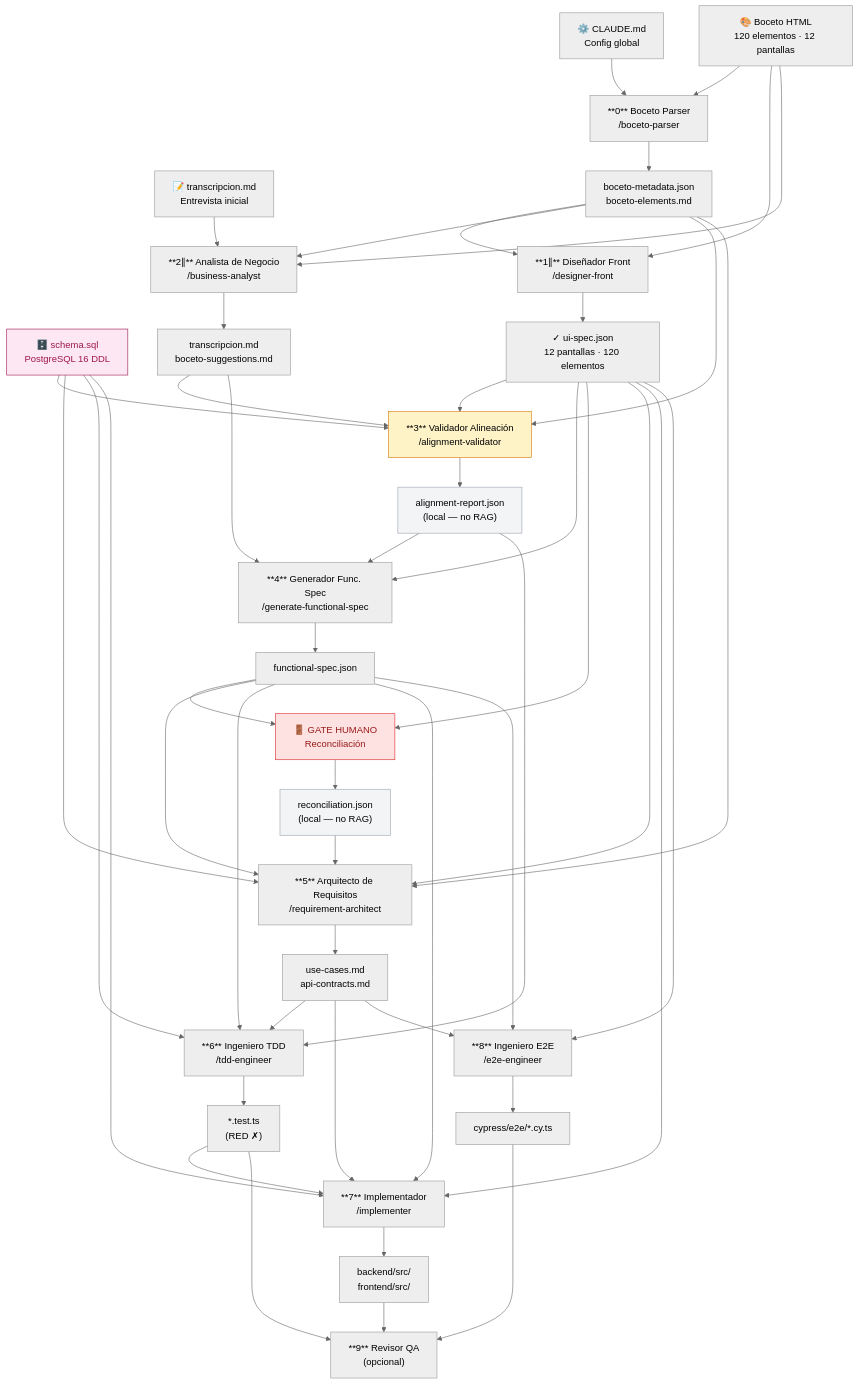
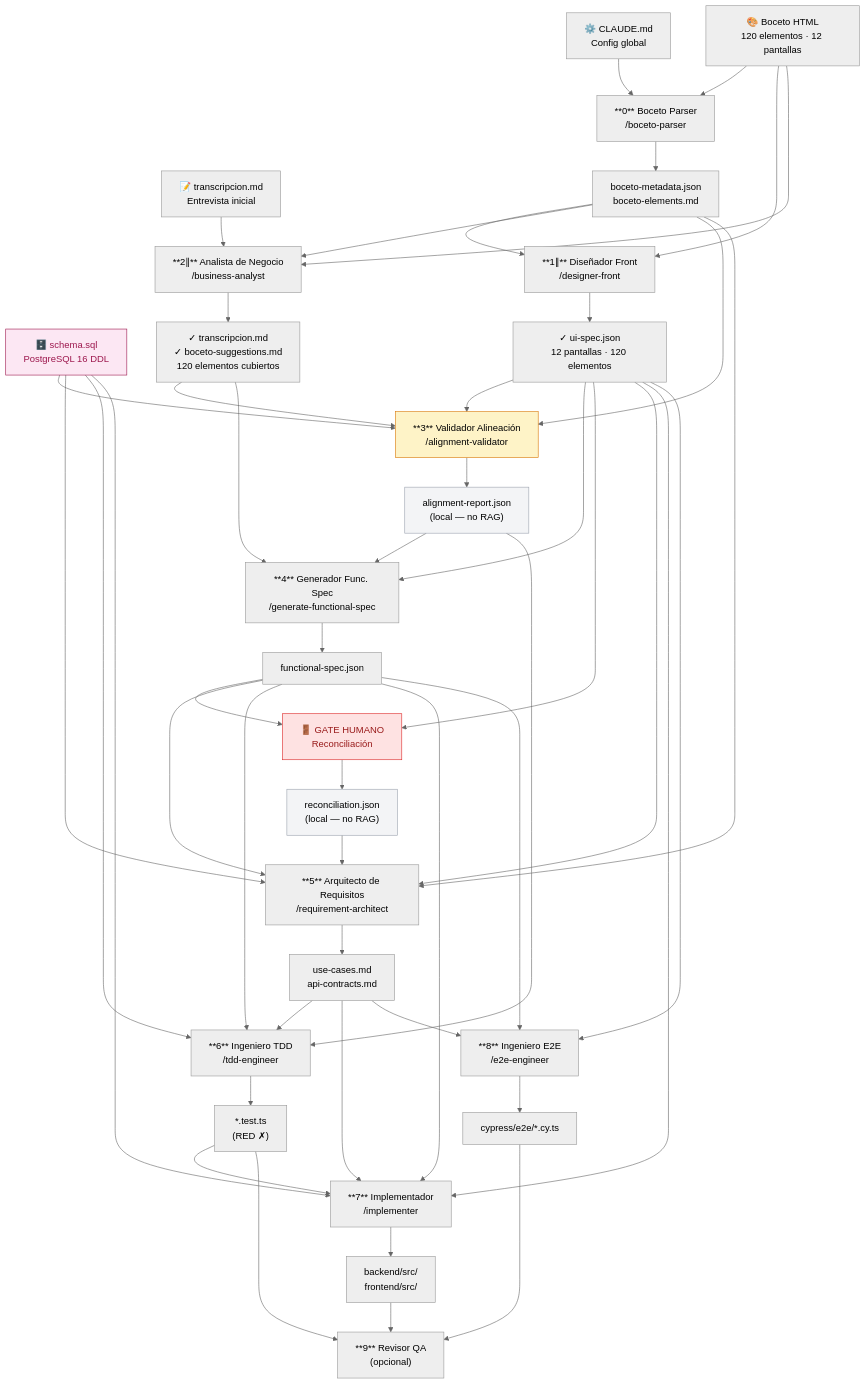
The diagram in docs/flujo.md (dbetancorfp/CORRECTOR_DE_PROYECTOS), drawn with Mermaid (neutral theme) before and after one commit. The commit also changed 3 other files, not shown here.

```diff
--- a/docs/flujo.md
+++ b/docs/flujo.md
@@ -25,7 +25,7 @@
 
     META["boceto-metadata.json\nboceto-elements.md"]
     UISPEC["✓ ui-spec.json\n12 pantallas · 120 elementos"]
-    TRANS_OUT["transcripcion.md\nboceto-suggestions.md"]
+    TRANS_OUT["✓ transcripcion.md\n✓ boceto-suggestions.md\n120 elementos cubiertos"]
     ALIGN["alignment-report.json\n(local — no RAG)"]
     FSPEC["functional-spec.json"]
     RECON["reconciliation.json\n(local — no RAG)"]
```
